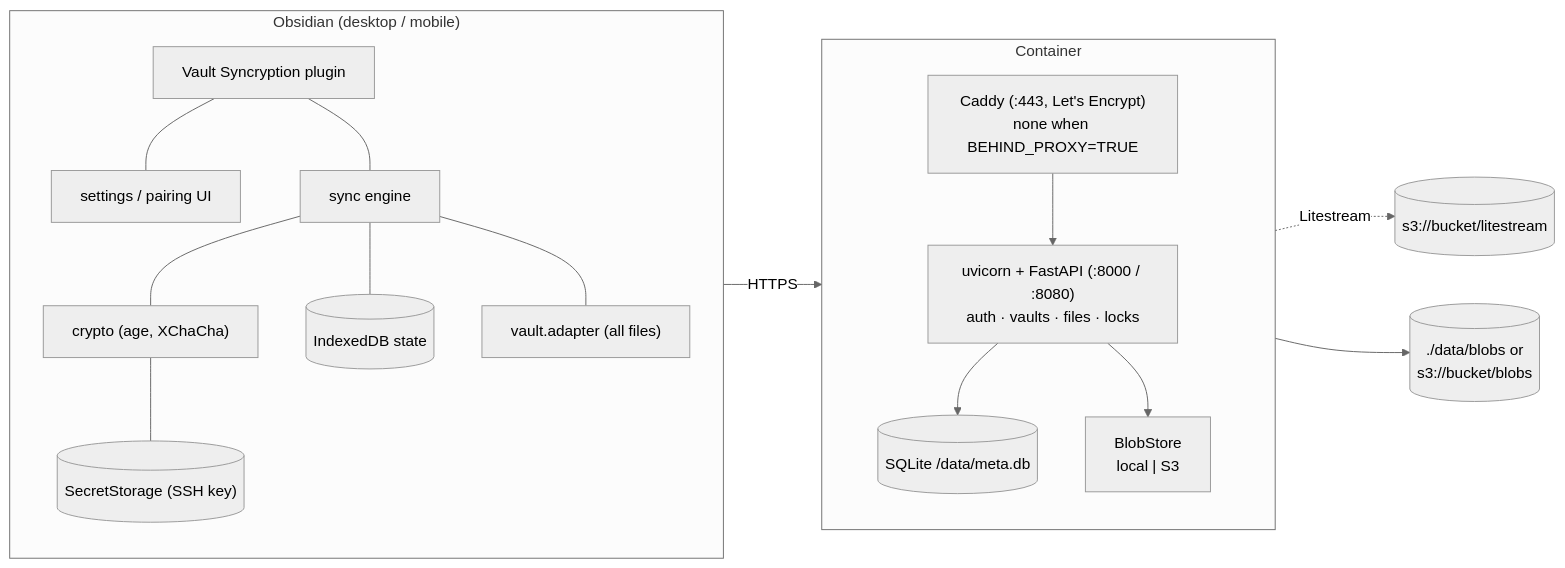
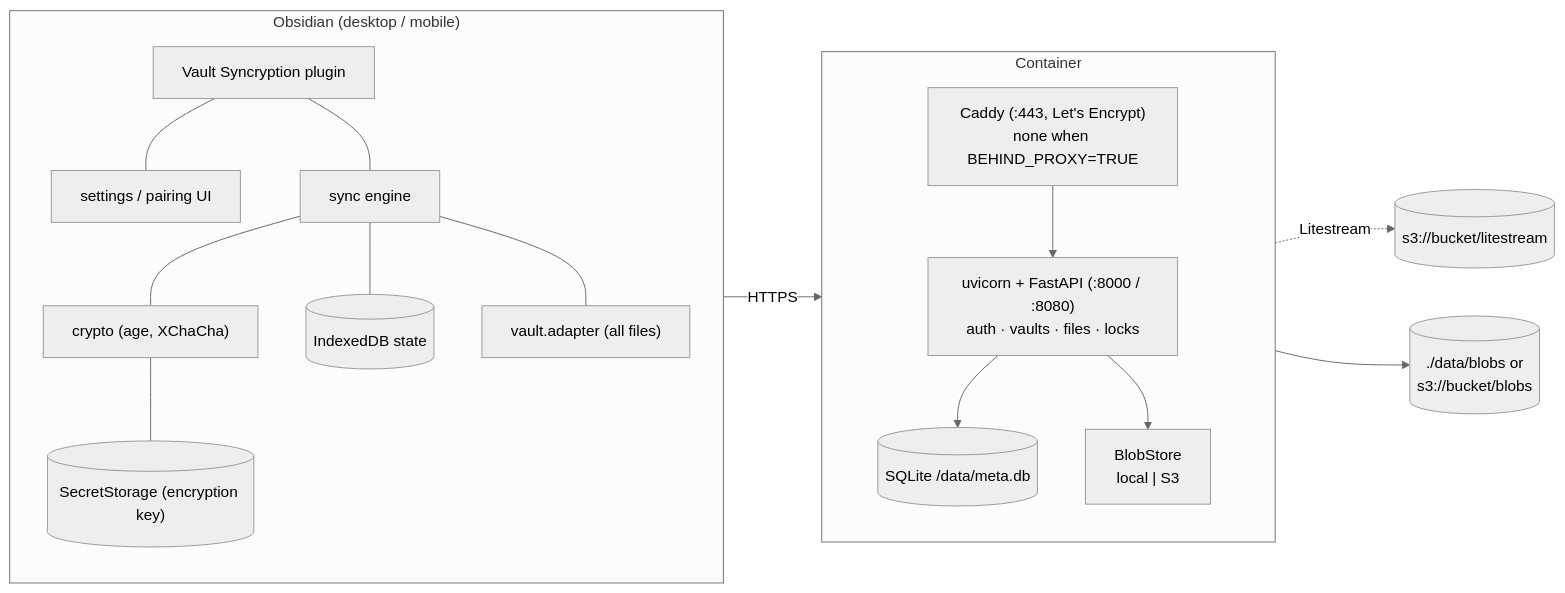
Before and after one commit to ibehren1/obsidian-vault-syncryption: the first of 3 diagrams in docs/architecture.md, drawn with Mermaid (neutral theme). The commit also changed other lines of this file and 47 other files, not shown here.

````diff
--- a/docs/architecture.md
+++ b/docs/architecture.md
@@ -7,30 +7,30 @@
 ```mermaid
 flowchart LR
     subgraph client["Obsidian (desktop / mobile)"]
         direction TB
         plugin["Vault Syncryption plugin"]
         ui["settings / pairing UI"]
         engine["sync engine"]
         crypto["crypto (age, XChaCha)"]
         idb[("IndexedDB state")]
         adapter["vault.adapter (all files)"]
-        secret[("SecretStorage (SSH key)")]
+        secret[("SecretStorage (encryption key)")]
         plugin --- ui & engine
         engine --- crypto & idb & adapter
         crypto --- secret
     end
 
     subgraph container["Container"]
         direction TB
         caddy["Caddy (:443, Let's Encrypt)<br/>none when BEHIND_PROXY=TRUE"]
         app["uvicorn + FastAPI (:8000 / :8080)<br/>auth · vaults · files · locks"]
         db[("SQLite /data/meta.db")]
         blobs["BlobStore<br/>local | S3"]
         caddy --> app
         app --> db & blobs
     end
 
     engine -- HTTPS --> caddy
     db -. Litestream .-> s3db[("s3://bucket/litestream")]
     blobs --> blobdest[("./data/blobs or<br/>s3://bucket/blobs")]
 ```
````
